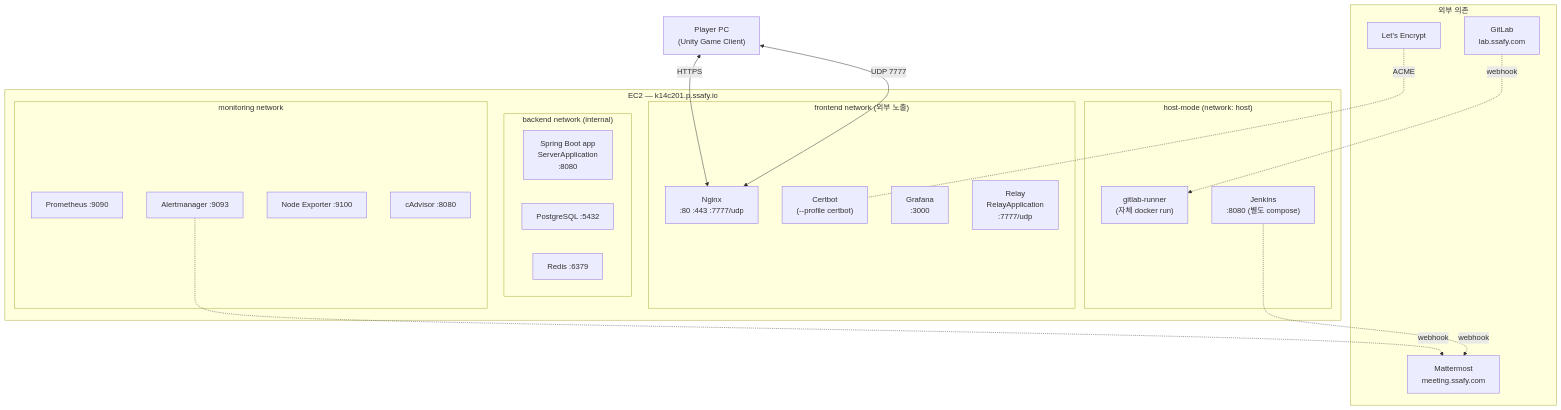
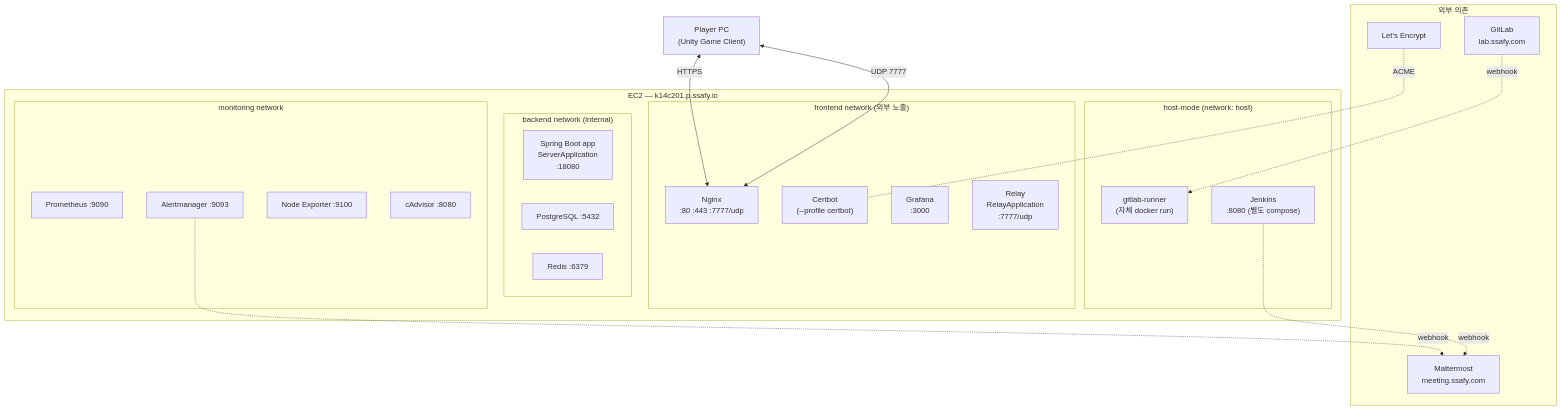
Before and after one commit to sjh1108/LostMemory: the first of 2 diagrams in server/README.md, drawn with Mermaid. The commit also changed other lines of this file and 9 other files, not shown here.

First line of the commit message:
[INFRA][S14P31C201-552] server-app 내부 포트 정리 + hardcoded → envvar 일관성

````diff
--- a/server/README.md
+++ b/server/README.md
@@ -90,44 +90,44 @@
 ```mermaid
 graph TB
     player["Player PC<br/>(Unity Game Client)"]
 
     subgraph external["외부 의존"]
         gitlab["GitLab<br/>lab.ssafy.com"]
         mattermost["Mattermost<br/>meeting.ssafy.com"]
         letsencrypt["Let's Encrypt"]
     end
 
     subgraph ec2["EC2 — k14c201.p.ssafy.io"]
         subgraph net_front["frontend network (외부 노출)"]
             nginx["Nginx<br/>:80 :443 :7777/udp"]
             certbot["Certbot<br/>(--profile certbot)"]
             grafana["Grafana<br/>:3000"]
             relay["Relay<br/>RelayApplication<br/>:7777/udp"]
         end
 
         subgraph net_back["backend network (internal)"]
-            app["Spring Boot app<br/>ServerApplication<br/>:8080"]
+            app["Spring Boot app<br/>ServerApplication<br/>:18080"]
             postgres["PostgreSQL :5432"]
             redis["Redis :6379"]
         end
 
         subgraph net_mon["monitoring network"]
             prometheus["Prometheus :9090"]
             alertmanager["Alertmanager :9093"]
             node_exporter["Node Exporter :9100"]
             cadvisor["cAdvisor :8080"]
         end
 
         subgraph host_proc["host-mode (network: host)"]
             gitlab_runner["gitlab-runner<br/>(자체 docker run)"]
             jenkins["Jenkins<br/>:8080 (별도 compose)"]
         end
     end
 
     player <-->|HTTPS| nginx
     player <-->|UDP 7777| nginx
     gitlab -. webhook .-> gitlab_runner
     letsencrypt -. ACME .- certbot
     alertmanager -. webhook .-> mattermost
     jenkins -. webhook .-> mattermost
 ```
````
